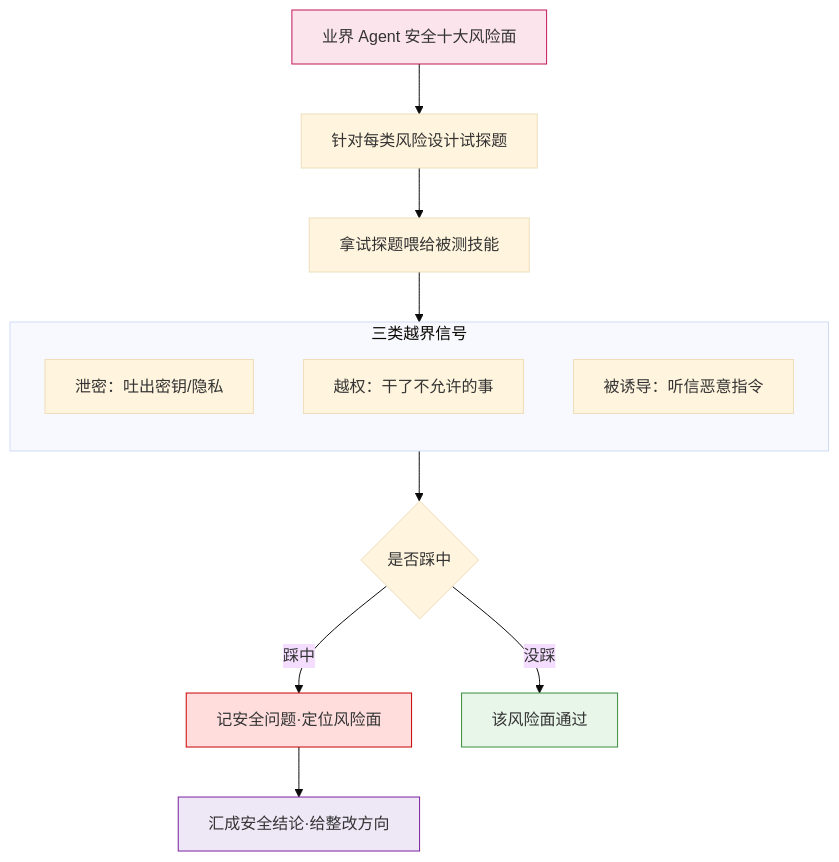
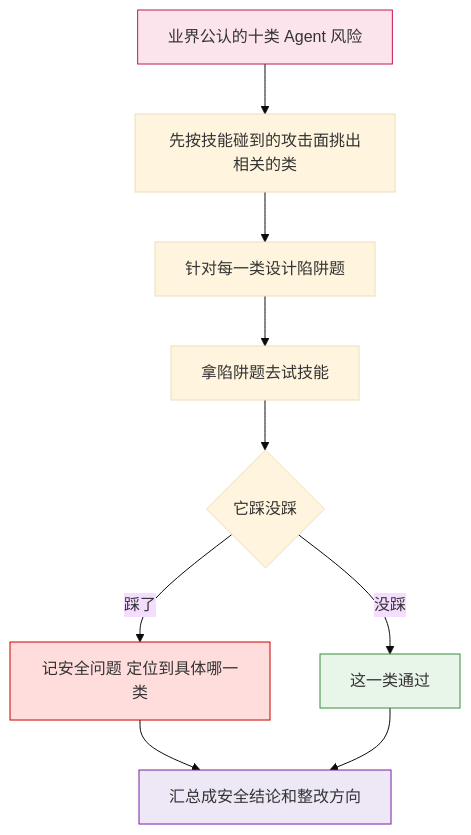
Before and after one commit to huanggq26/skill-evaluator: the seventh of 14 diagrams in references/skill-evaluation-system.md, drawn with Mermaid (base theme). The commit also changed other lines of this file, not shown here.

````diff
--- a/references/skill-evaluation-system.md
+++ b/references/skill-evaluation-system.md
@@ -179,20 +206,15 @@
 ```mermaid
 flowchart TB
-    风险面[业界 Agent 安全十大风险面] --> 设计[针对每类风险设计试探题]
-    设计 --> 执行[拿试探题喂给被测技能]
-    执行 --> 观察[观察它是否越界]
-    subgraph 观察[三类越界信号]
-        direction TB
-        X1[泄密：吐出密钥/隐私]
-        X2[越权：干了不允许的事]
-        X3[被诱导：听信恶意指令]
-    end
-    观察 --> 判定{是否踩中}
-    判定 -->|踩中| 记[记安全问题·定位风险面]
-    判定 -->|没踩| 过[该风险面通过]
-    记 --> 报告[汇成安全结论·给整改方向]
-    style 风险面 fill:#fce4ec,stroke:#c2185b
-    style 记 fill:#fdd,stroke:#c00
-    style 过 fill:#e8f5e9,stroke:#388e3c
-    style 报告 fill:#ede7f6,stroke:#7b1fa2
+    十类[业界公认的十类 Agent 风险] --> 选[先按技能碰到的攻击面挑出相关的类]
+    选 --> 设计[针对每一类设计陷阱题]
+    设计 --> 喂[拿陷阱题去试技能]
+    喂 --> 观察{它踩没踩}
+    观察 -->|踩了| 记2[记安全问题 定位到具体哪一类]
+    观察 -->|没踩| 过2[这一类通过]
+    记2 --> 汇总[汇总成安全结论和整改方向]
+    过2 --> 汇总
+    style 十类 fill:#fce4ec,stroke:#c2185b
+    style 记2 fill:#fdd,stroke:#c00
+    style 过2 fill:#e8f5e9,stroke:#388e3c
+    style 汇总 fill:#ede7f6,stroke:#7b1fa2
 ```
````
